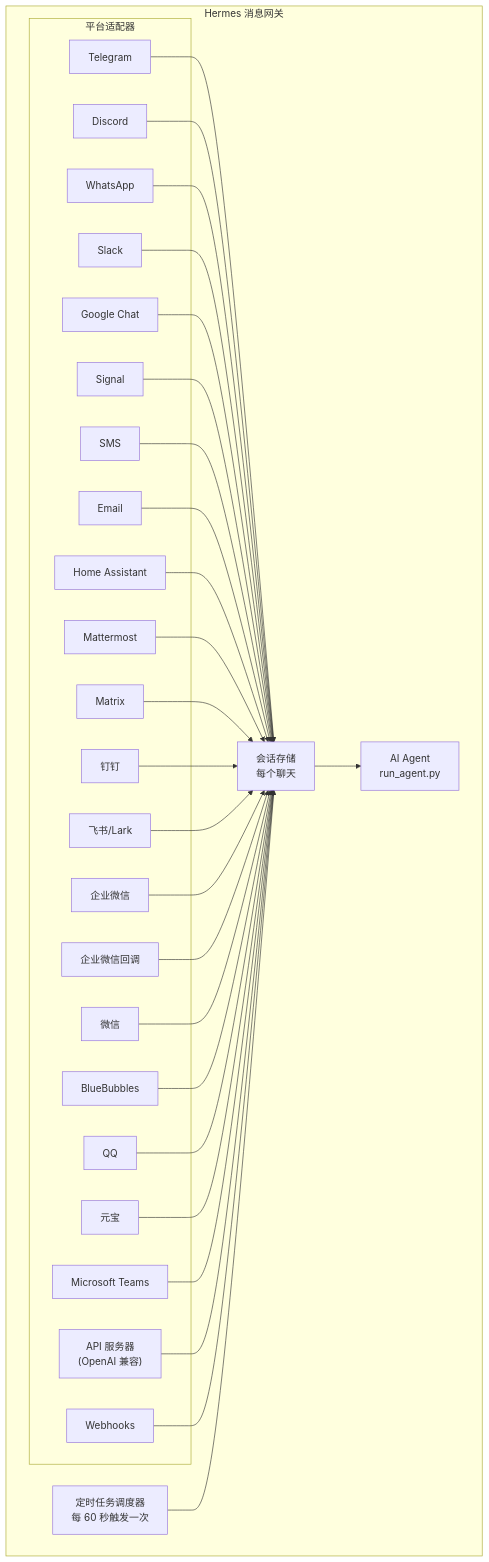
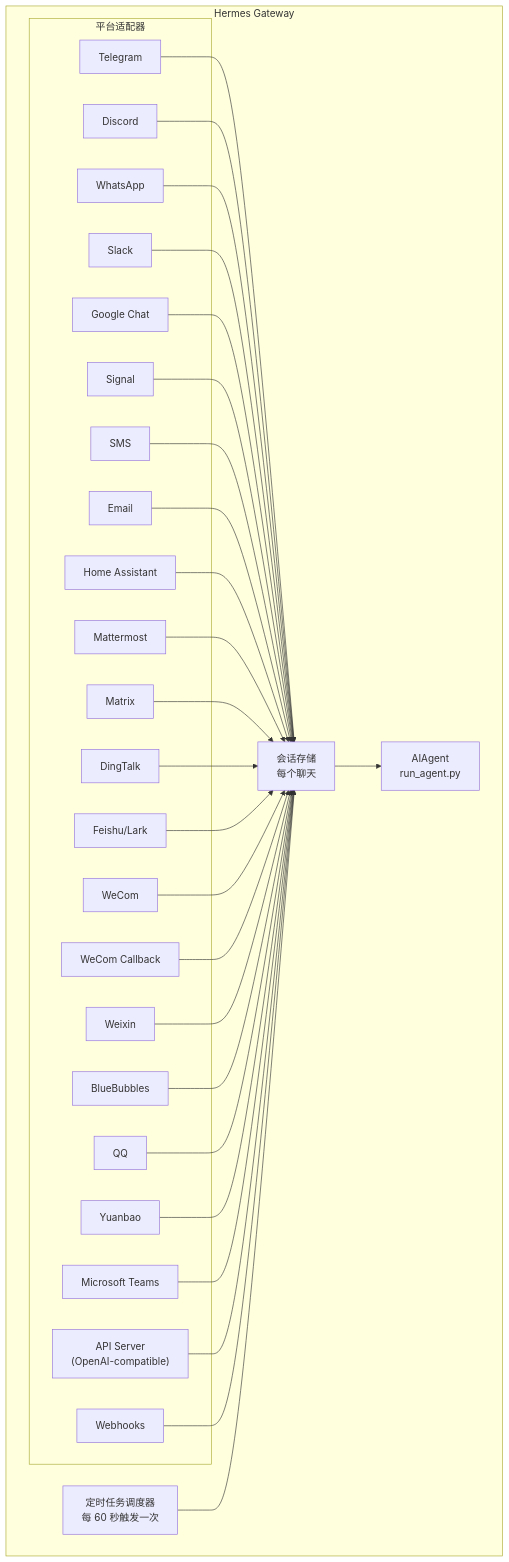
One commit to lyy0709/hermes-agent-zh changed the diagram in translations/docs/user-guide/messaging/index.md. Above: the diagram before and after it, drawn with Mermaid. The commit also changed other lines of this file and 170 other files, not shown here.

````diff
--- a/translations/docs/user-guide/messaging/index.md
+++ b/translations/docs/user-guide/messaging/index.md
@@ -44,58 +44,58 @@
 ```mermaid
 flowchart TB
-    subgraph Gateway["Hermes 消息网关"]
+    subgraph Gateway["Hermes Gateway"]
         subgraph Adapters["平台适配器"]
             tg[Telegram]
             dc[Discord]
             wa[WhatsApp]
             sl[Slack]
             gc[Google Chat]
             sig[Signal]
             sms[SMS]
             em[Email]
             ha[Home Assistant]
             mm[Mattermost]
             mx[Matrix]
-            dt[钉钉]
-    fs[飞书/Lark]
-    wc[企业微信]
-    wcb[企业微信回调]
-    wx[微信]
+            dt[DingTalk]
+    fs[Feishu/Lark]
+    wc[WeCom]
+    wcb[WeCom Callback]
+    wx[Weixin]
     bb[BlueBubbles]
     qq[QQ]
-    yb[元宝]
+    yb[Yuanbao]
     ms[Microsoft Teams]
-    api["API 服务器<br/>(OpenAI 兼容)"]
+    api["API Server<br/>(OpenAI-compatible)"]
     wh[Webhooks]
         end
 
         store["会话存储<br/>每个聊天"]
-        agent["AI Agent<br/>run_agent.py"]
+        agent["AIAgent<br/>run_agent.py"]
         cron["定时任务调度器<br/>每 60 秒触发一次"]
     end
 
     tg --> store
     dc --> store
     wa --> store
     sl --> store
     gc --> store
     sig --> store
     sms --> store
     em --> store
     ha --> store
     mm --> store
     mx --> store
     dt --> store
     fs --> store
     wc --> store
     wcb --> store
     wx --> store
     bb --> store
     qq --> store
     yb --> store
     ms --> store
     api --> store
     wh --> store
     store --> agent
     cron --> store
 ```
````
